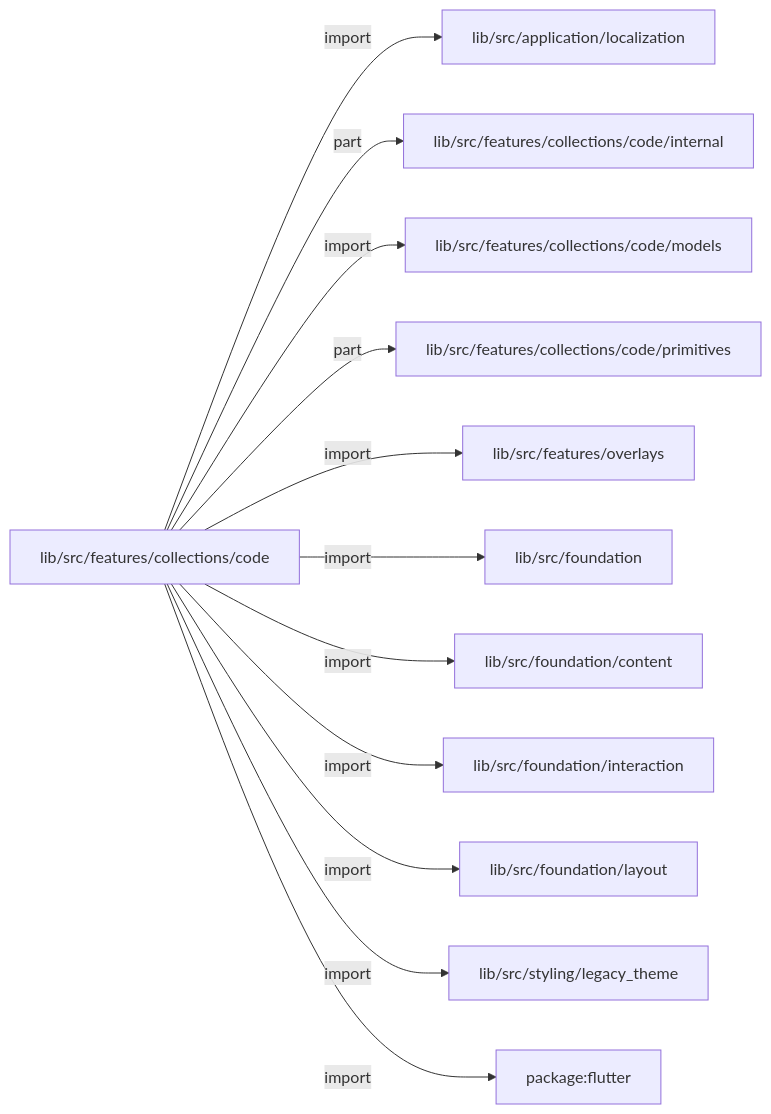
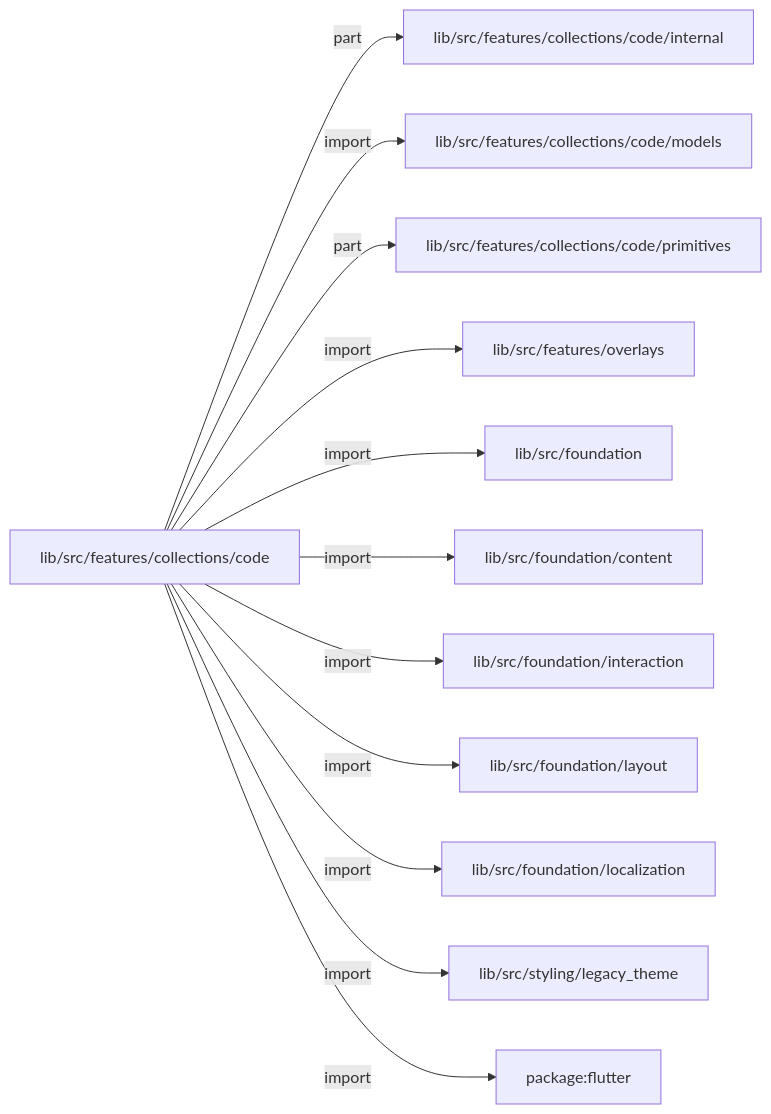
One commit to MiuDog/Kallopis changed the first of 2 diagrams in docs/architecture/src/features/collections/code/README.md. Above: the diagram before and after it, drawn with Mermaid. The commit also changed other lines of this file and 9688 other files, not shown here.

Commit message:
Prepare isolated Flow F2 peer baseline

````diff
--- a/docs/architecture/src/features/collections/code/README.md
+++ b/docs/architecture/src/features/collections/code/README.md
@@ -13,26 +13,26 @@
 ```mermaid
 flowchart LR
 	n0["lib/src/features/collections/code"]
-	n1["lib/src/application/localization"]
-	n2["lib/src/features/collections/code/internal"]
-	n3["lib/src/features/collections/code/models"]
-	n4["lib/src/features/collections/code/primitives"]
-	n5["lib/src/features/overlays"]
-	n6["lib/src/foundation"]
-	n7["lib/src/foundation/content"]
-	n8["lib/src/foundation/interaction"]
-	n9["lib/src/foundation/layout"]
+	n1["lib/src/features/collections/code/internal"]
+	n2["lib/src/features/collections/code/models"]
+	n3["lib/src/features/collections/code/primitives"]
+	n4["lib/src/features/overlays"]
+	n5["lib/src/foundation"]
+	n6["lib/src/foundation/content"]
+	n7["lib/src/foundation/interaction"]
+	n8["lib/src/foundation/layout"]
+	n9["lib/src/foundation/localization"]
 	n10["lib/src/styling/legacy_theme"]
 	n11["package:flutter"]
-	n0 -->|"import"| n1
-	n0 -->|"part"| n2
-	n0 -->|"import"| n3
-	n0 -->|"part"| n4
+	n0 -->|"part"| n1
+	n0 -->|"import"| n2
+	n0 -->|"part"| n3
+	n0 -->|"import"| n4
 	n0 -->|"import"| n5
 	n0 -->|"import"| n6
 	n0 -->|"import"| n7
 	n0 -->|"import"| n8
 	n0 -->|"import"| n9
 	n0 -->|"import"| n10
 	n0 -->|"import"| n11
 ```
````
